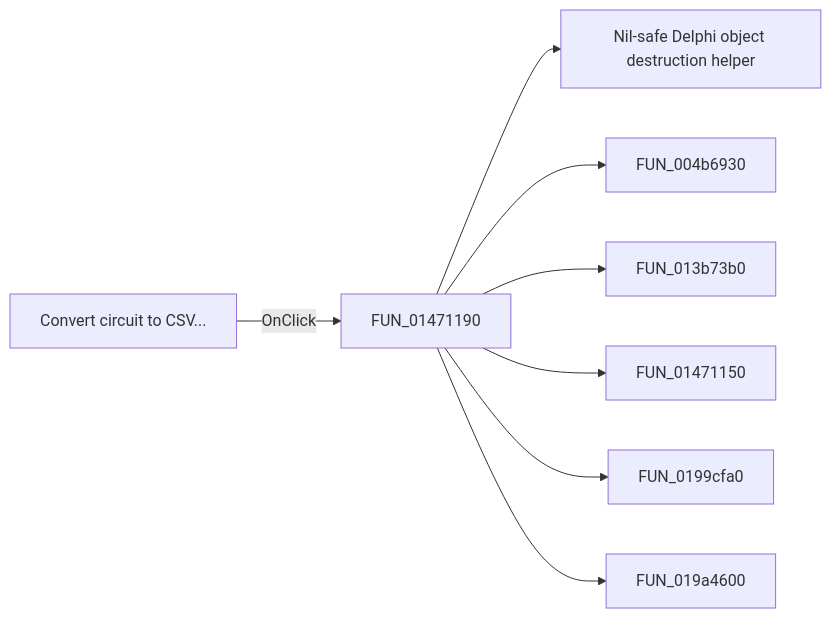
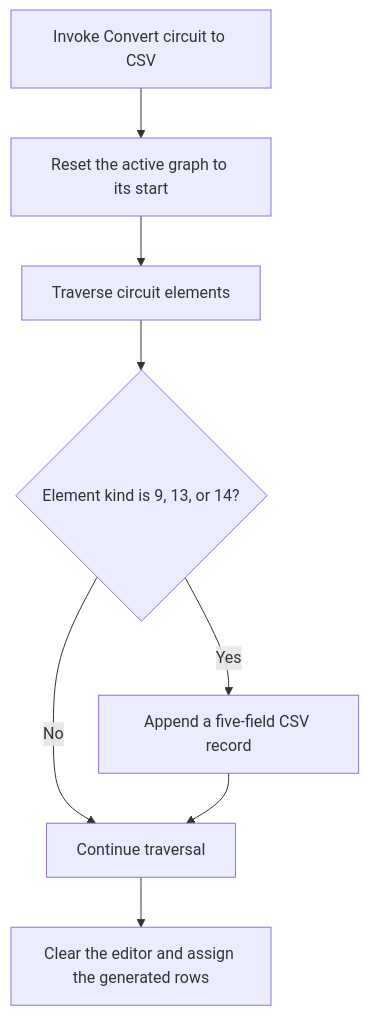
Before and after one commit to MovGP0/TIARA: the diagram in docs/ui-controls/pymainform/mnconvertcircuit-8c79e96b93.md, drawn with Mermaid. The commit also changed other lines of this file and 1062 other files, not shown here.

````diff
--- a/docs/ui-controls/pymainform/mnconvertcircuit-8c79e96b93.md
+++ b/docs/ui-controls/pymainform/mnconvertcircuit-8c79e96b93.md
@@ -27,10 +29,10 @@
 ```mermaid
-flowchart LR
-    control["Convert circuit to CSV..."] -->|OnClick| handler["FUN_01471190"]
-    handler --> call1["Nil-safe Delphi object destruction helper"]
-    handler --> call2["FUN_004b6930"]
-    handler --> call3["FUN_013b73b0"]
-    handler --> call4["FUN_01471150"]
-    handler --> call5["FUN_0199cfa0"]
-    handler --> call6["FUN_019a4600"]
+flowchart TD
+    control["Invoke Convert circuit to CSV"] --> reset["Reset the active graph to its start"]
+    reset --> scan["Traverse circuit elements"]
+    scan --> kind{"Element kind is 9, 13, or 14?"}
+    kind -->|No| next["Continue traversal"]
+    kind -->|Yes| row["Append a five-field CSV record"]
+    row --> next
+    next --> replace["Clear the editor and assign the generated rows"]
 ```
````
